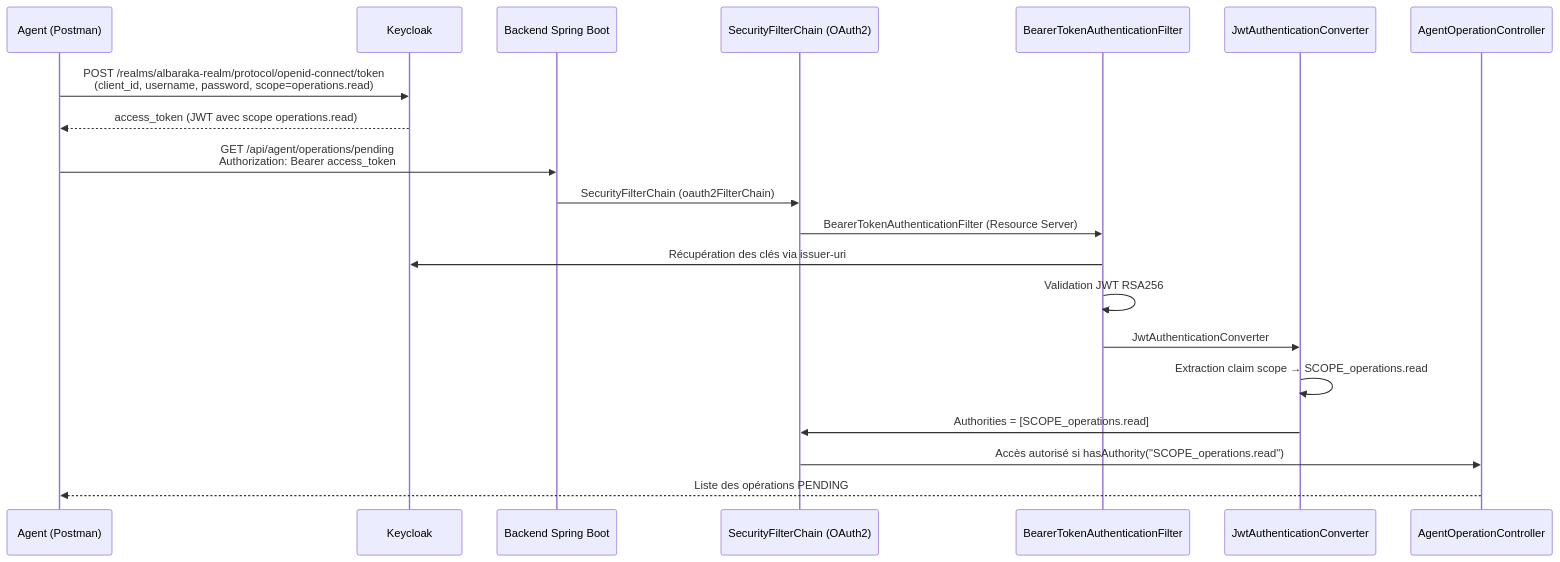
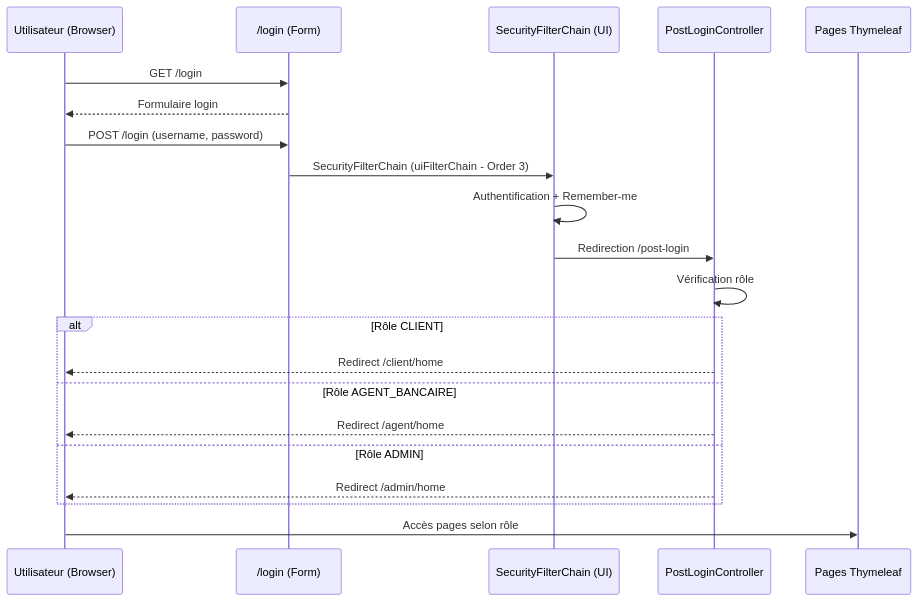
One commit to saalmahm/albaraka-digital-bank-backend changed the third of 3 diagrams in README.md. Above: the diagram before and after it, drawn with Mermaid. The commit also changed other lines of this file, not shown here.

Commit message:
docs: mettre à jour le README avec la description complète du projet

````diff
--- a/README.md
+++ b/README.md
@@ -84,24 +148,24 @@
 ```mermaid
 sequenceDiagram
-    participant U as Agent (Postman)
-    participant K as Keycloak
-    participant B as Backend Spring Boot
-    participant S2 as SecurityFilterChain (OAuth2)
-    participant R as BearerTokenAuthenticationFilter
-    participant J as JwtAuthenticationConverter
-    participant C as AgentOperationController
+    participant U as Utilisateur (Browser)
+    participant L as /login (Form)
+    participant S3 as SecurityFilterChain (UI)
+    participant P as PostLoginController
+    participant UI as Pages Thymeleaf
 
-    U->>K: POST /realms/albaraka-realm/protocol/openid-connect/token<br/>(client_id, username, password, scope=operations.read)
-    K-->>U: access_token (JWT avec scope operations.read)
-
-    U->>B: GET /api/agent/operations/pending<br/>Authorization: Bearer access_token
-    B->>S2: SecurityFilterChain (oauth2FilterChain)
-    S2->>R: BearerTokenAuthenticationFilter (Resource Server)
-    R->>K: Récupération des clés via issuer-uri
-    R->>R: Validation JWT RSA256
-    R->>J: JwtAuthenticationConverter
-    J->>J: Extraction claim scope → SCOPE_operations.read
-    J->>S2: Authorities = [SCOPE_operations.read]
-    S2->>C: Accès autorisé si hasAuthority("SCOPE_operations.read")
-    C-->>U: Liste des opérations PENDING
+    U->>L: GET /login
+    L-->>U: Formulaire login
+    U->>L: POST /login (username, password)
+    L->>S3: SecurityFilterChain (uiFilterChain - Order 3)
+    S3->>S3: Authentification + Remember-me
+    S3->>P: Redirection /post-login
+    P->>P: Vérification rôle
+    alt Rôle CLIENT
+        P-->>U: Redirect /client/home
+    else Rôle AGENT_BANCAIRE
+        P-->>U: Redirect /agent/home
+    else Rôle ADMIN
+        P-->>U: Redirect /admin/home
+    end
+    U->>UI: Accès pages selon rôle
 ```
````
